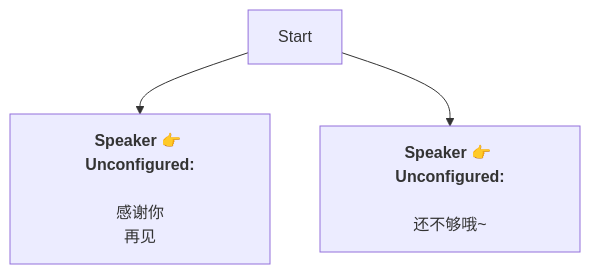
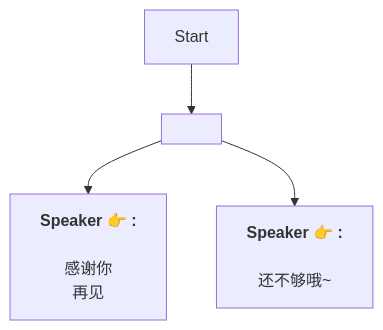
Before and after one commit to SoftHu/tos_avg: the diagram in Zh/QuestNPCDeliveryENode_1747047147014397.md, drawn with Mermaid. The commit also changed 737 other files, not shown here.

````diff
--- a/Zh/QuestNPCDeliveryENode_1747047147014397.md
+++ b/Zh/QuestNPCDeliveryENode_1747047147014397.md
@@ -1,11 +1,9 @@
 ```mermaid
 graph
-Start -->1747047181354242[<b>Speaker 👉 Unconfigured:</b>
+Start -->1756340482953736[ ]
+1756340482953736 -->1747047181354242[<b>Speaker 👉 :</b>
+\n感谢你\n再见]
+1756340482953736 -->1756336692089353[<b>Speaker 👉 :</b>
+\n还不够哦~]
 
-感谢你
-再见]
-Start -->1756336692089353[<b>Speaker 👉 Unconfigured:</b>
-
-还不够哦~]
-
- ```
+```
````
